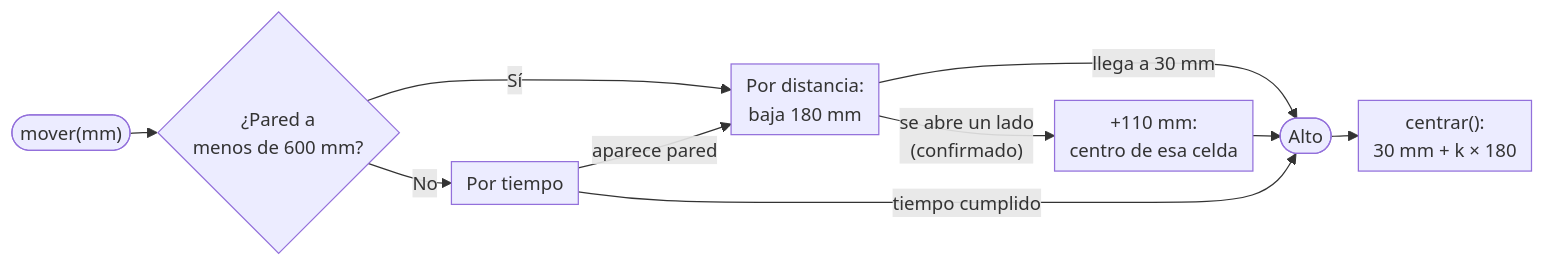
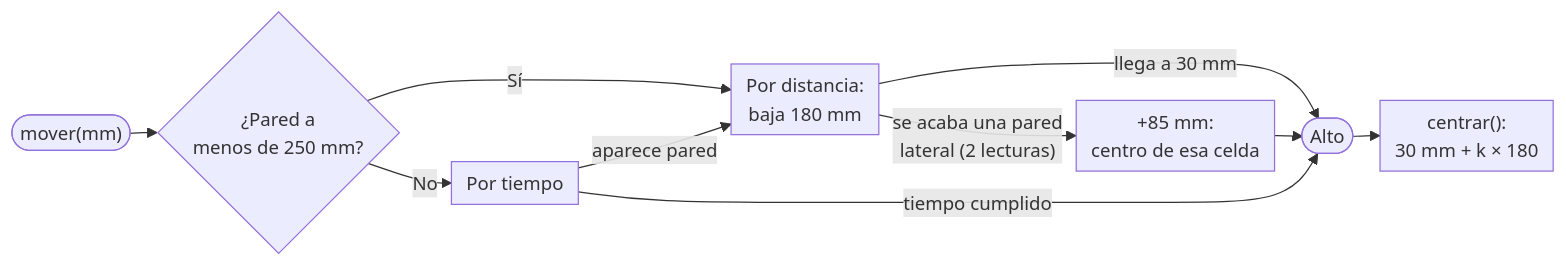
Before and after one commit to Happenedspice17/sumo-v-ia: the second of 3 diagrams in docs/manual_jueces.md, drawn with Mermaid. The commit also changed other lines of this file and 8 other files, not shown here.

````diff
--- a/docs/manual_jueces.md
+++ b/docs/manual_jueces.md
@@ -133,13 +133,13 @@
 ```mermaid
 %%{init: {'flowchart': {'nodeSpacing': 18, 'rankSpacing': 22, 'padding': 6}, 'themeVariables': {'fontSize': '15px'}}}%%
 flowchart LR
-  A(["mover(mm)"]) --> B{"¿Pared a<br/>menos de 600 mm?"}
+  A(["mover(mm)"]) --> B{"¿Pared a<br/>menos de 250 mm?"}
   B -- Sí --> D["Por distancia:<br/>baja 180 mm"]
   B -- No --> T["Por tiempo"]
   T -- aparece pared --> D
-  D -- "se abre un lado<br/>(confirmado)" --> S["+110 mm:<br/>centro de esa celda"]
+  D -- "se acaba una pared<br/>lateral (2 lecturas)" --> S["+85 mm:<br/>centro de esa celda"]
   D -- "llega a 30 mm" --> F(["Alto"])
   S --> F
   T -- tiempo cumplido --> F
   F --> C["centrar():<br/>30 mm + k × 180"]
 ```
````
